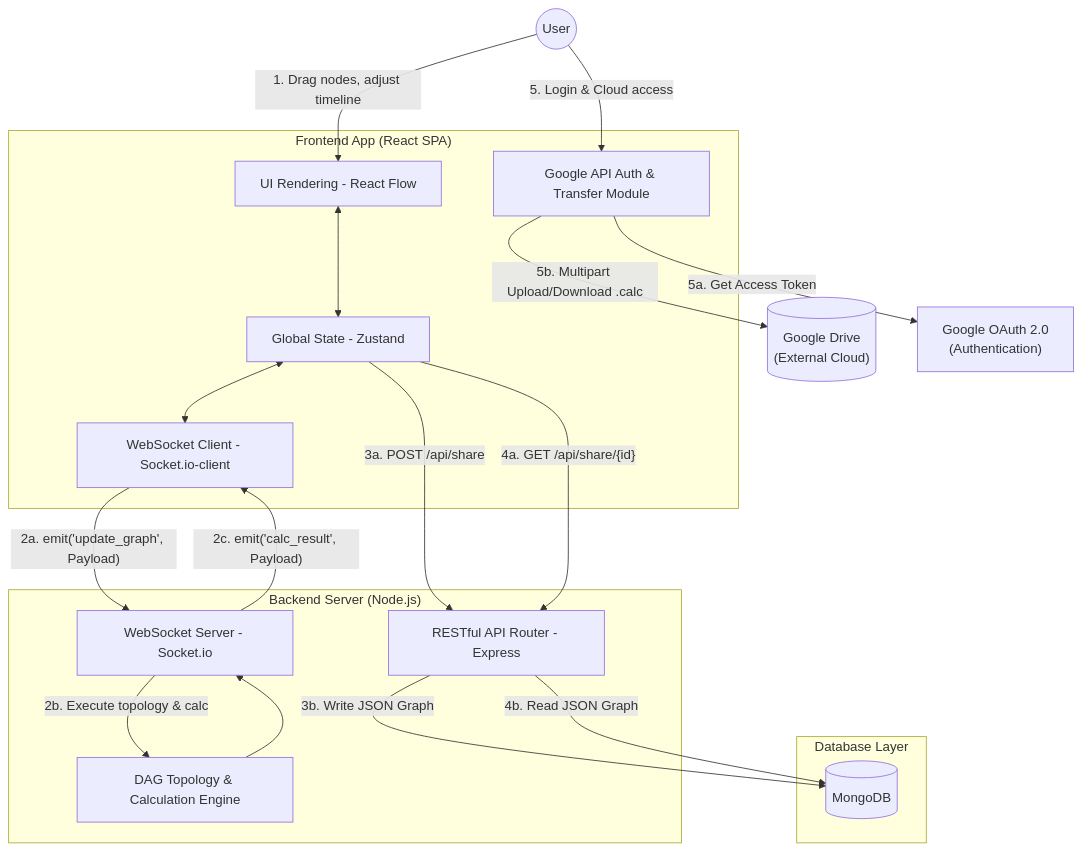
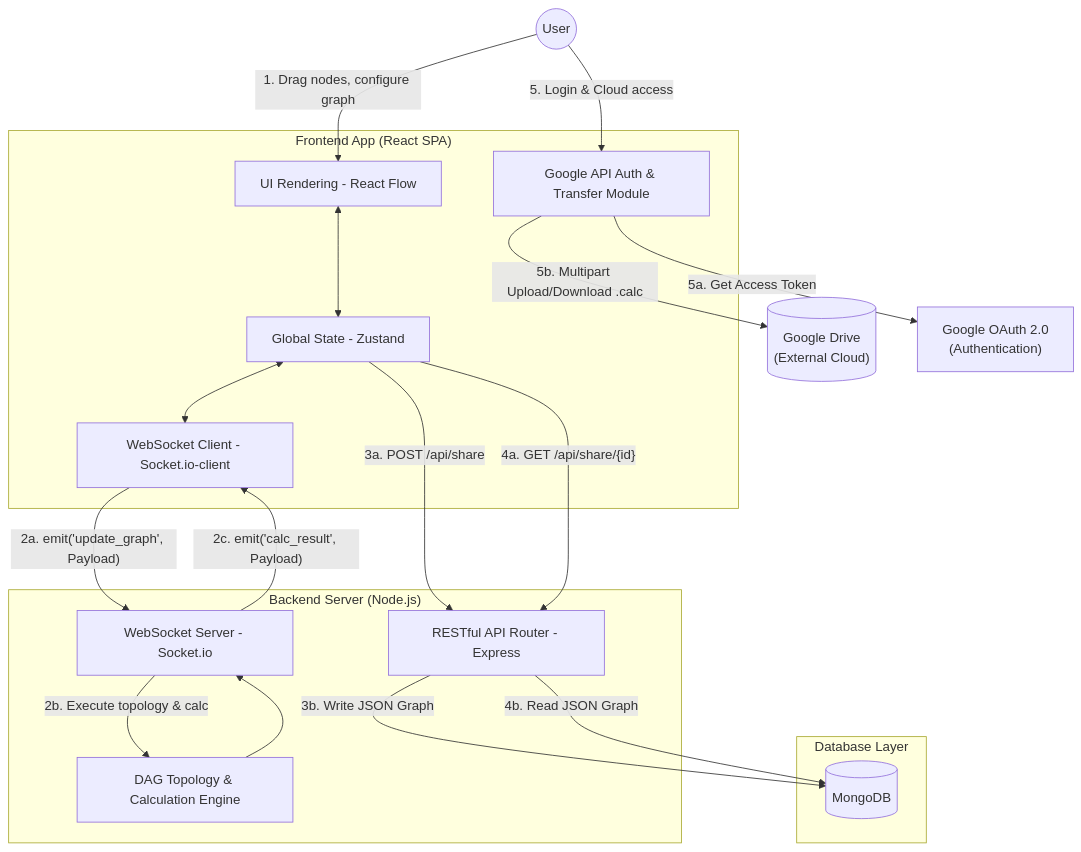
Before and after one commit to shengyucs/114-2_WebAPP_Team10: the first of 2 diagrams in reference/Software Requirement Specificat.md, drawn with Mermaid. The commit also changed other lines of this file and 6 other files, not shown here.

````diff
--- a/reference/Software Requirement Specificat.md
+++ b/reference/Software Requirement Specificat.md
@@ -25,44 +25,44 @@
 ```mermaid
 flowchart TB
     User((User))
     GoogleDrive[("Google Drive\n(External Cloud)")]
     GoogleAuth["Google OAuth 2.0\n(Authentication)"]
 
     subgraph Frontend ["Frontend App (React SPA)"]
         UI[UI Rendering - React Flow]
         State[Global State - Zustand]
         WS_Client[WebSocket Client - Socket.io-client]
         Drive_Client[Google API Auth & Transfer Module]
     end
 
     subgraph Backend ["Backend Server (Node.js)"]
         WS_Server[WebSocket Server - Socket.io]
         REST_API[RESTful API Router - Express]
         Engine[DAG Topology & Calculation Engine]
     end
 
     subgraph Database ["Database Layer"]
         Mongo[(MongoDB)]
     end
 
-    User -- "1. Drag nodes, adjust timeline" --> UI
+    User -- "1. Drag nodes, configure graph" --> UI
     User -- "5. Login & Cloud access" --> Drive_Client
 
     UI <--> State
     State <--> WS_Client
 
     WS_Client -- "2a. emit('update_graph', Payload)" --> WS_Server
     WS_Server -- "2c. emit('calc_result', Payload)" --> WS_Client
 
     State -- "3a. POST /api/share" --> REST_API
     State -- "4a. GET /api/share/{id}" --> REST_API
 
     WS_Server -- "2b. Execute topology & calc" --> Engine
     Engine --> WS_Server
 
     REST_API -- "3b. Write JSON Graph" --> Mongo
     REST_API -- "4b. Read JSON Graph" --> Mongo
 
     Drive_Client -- "5a. Get Access Token" --> GoogleAuth
     Drive_Client -- "5b. Multipart Upload/Download .calc" --> GoogleDrive
 ```
````
